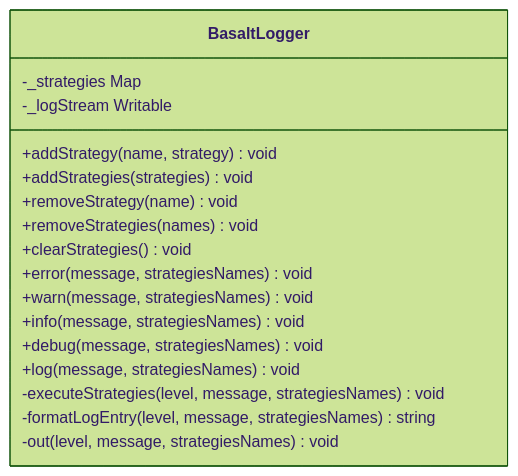
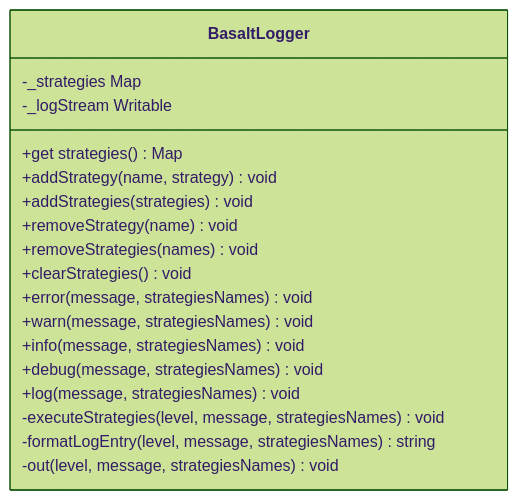
The diagram in docs/basalt-logger/reference/BasaltLogger.en.md (Basalt-Lab/basalt-doc), drawn with Mermaid (forest theme) before and after one commit. The commit also changed other lines of this file and 1 other file, not shown here.

````diff
--- a/docs/basalt-logger/reference/BasaltLogger.en.md
+++ b/docs/basalt-logger/reference/BasaltLogger.en.md
@@ -7,20 +7,21 @@
 ```mermaid
 classDiagram
     class BasaltLogger {
         -_strategies Map<string, ILoggerStrategy>
         -_logStream Writable
+        +get strategies() Map<string, ILoggerStrategy>
         +addStrategy(name, strategy) void
         +addStrategies(strategies) void
         +removeStrategy(name) void
         +removeStrategies(names) void
         +clearStrategies() void
         +error(message, strategiesNames) void
         +warn(message, strategiesNames) void
         +info(message, strategiesNames) void
         +debug(message, strategiesNames) void
         +log(message, strategiesNames) void
         -executeStrategies(level, message, strategiesNames) void
         -formatLogEntry(level, message, strategiesNames) string
         -out(level, message, strategiesNames) void
     }
 ```
````
